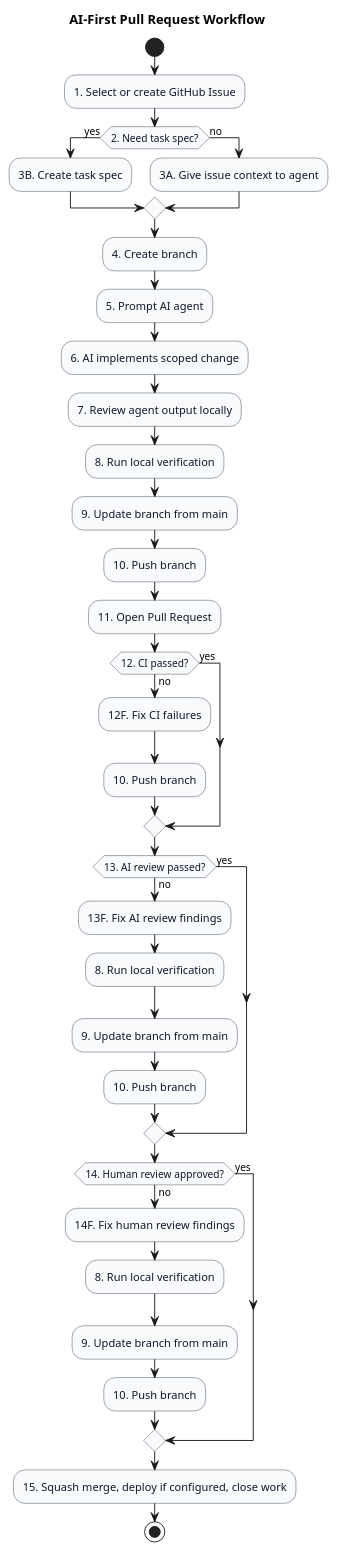
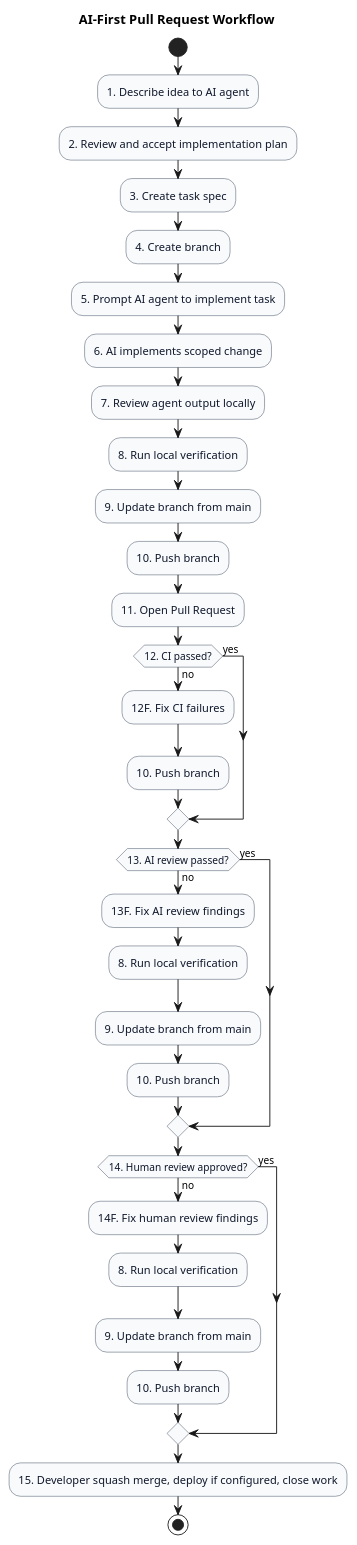
One commit to lupaus-eu/shadow changed the diagram in docs/diagrams/ai-first-pr-workflow.puml. Above: the diagram before and after it, drawn with PlantUML. The commit also changed 20 other files, not shown here.

First line of the commit message:
docs(workflow): adopt plan-first task workflow (#1)

```diff
--- a/docs/diagrams/ai-first-pr-workflow.puml
+++ b/docs/diagrams/ai-first-pr-workflow.puml
@@ -1,61 +1,56 @@
 @startuml
 title AI-First Pull Request Workflow
 
 skinparam shadowing false
 skinparam activity {
   BackgroundColor #F8FAFC
   BorderColor #334155
   FontColor #0F172A
 }
 skinparam diamond {
   BackgroundColor #FEF3C7
   BorderColor #92400E
   FontColor #0F172A
 }
 
 start
 
-:1. Select or create GitHub Issue;
-
-if (2. Need task spec?) then (yes)
-  :3B. Create task spec;
-else (no)
-  :3A. Give issue context to agent;
-endif
-
+:1. Describe idea to AI agent;
+:2. Review and accept implementation plan;
+:3. Create task spec;
 :4. Create branch;
-:5. Prompt AI agent;
+:5. Prompt AI agent to implement task;
 :6. AI implements scoped change;
 :7. Review agent output locally;
 :8. Run local verification;
 :9. Update branch from main;
 :10. Push branch;
 :11. Open Pull Request;
 
 if (12. CI passed?) then (yes)
 else (no)
   :12F. Fix CI failures;
   :10. Push branch;
 endif
 
 if (13. AI review passed?) then (yes)
 else (no)
   :13F. Fix AI review findings;
   :8. Run local verification;
   :9. Update branch from main;
   :10. Push branch;
 endif
 
 if (14. Human review approved?) then (yes)
 else (no)
   :14F. Fix human review findings;
   :8. Run local verification;
   :9. Update branch from main;
   :10. Push branch;
 endif
 
-:15. Squash merge, deploy if configured, close work;
+:15. Developer squash merge, deploy if configured, close work;
 
 stop
 
 @enduml
```
